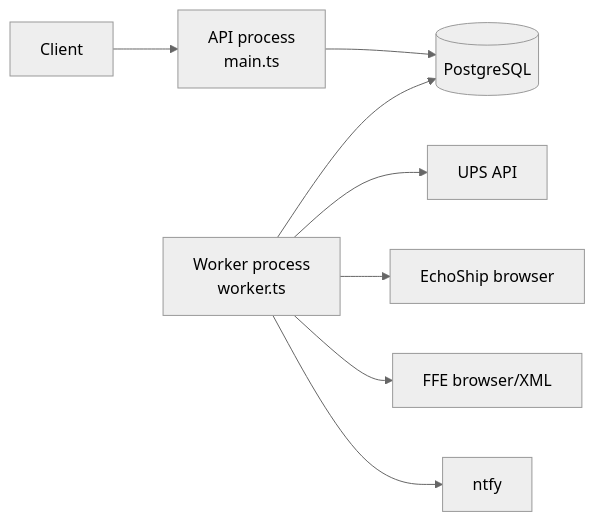
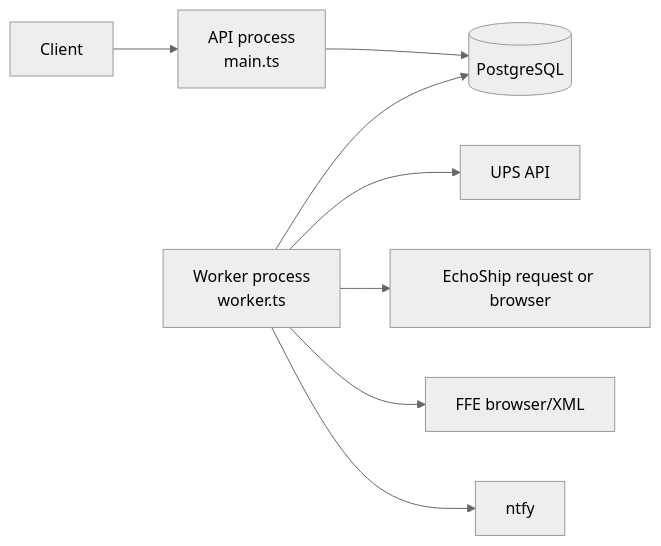
The diagram in docs/v1/architecture.md (jeffrey125/grd-dashboard-be), drawn with Mermaid (neutral theme) before and after one commit. The commit also changed other lines of this file and 9 other files, not shown here.

Commit message:
feat(docs): V1-014 document EchoShip monitoring and evidence

````diff
--- a/docs/v1/architecture.md
+++ b/docs/v1/architecture.md
@@ -5,10 +5,10 @@
 ```mermaid
 flowchart LR
     Client --> API[API process\nmain.ts]
     API --> DB[(PostgreSQL)]
     Worker[Worker process\nworker.ts] --> DB
     Worker --> UPS[UPS API]
-    Worker --> Echo[EchoShip browser]
+    Worker --> Echo[EchoShip request or browser]
     Worker --> FFE[FFE browser/XML]
     Worker --> Ntfy[ntfy]
 ```
````
